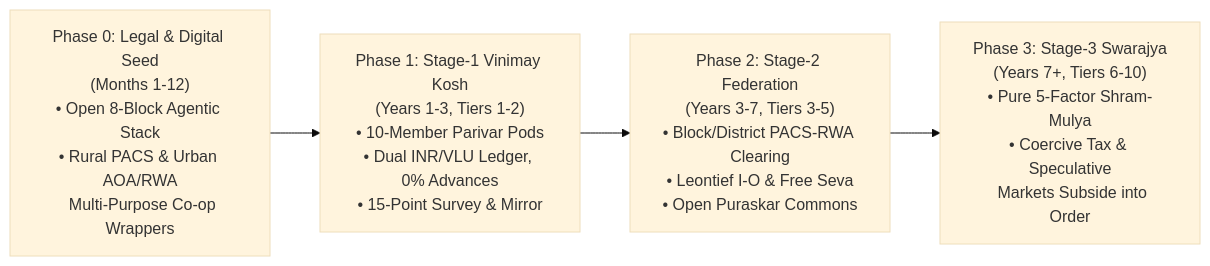
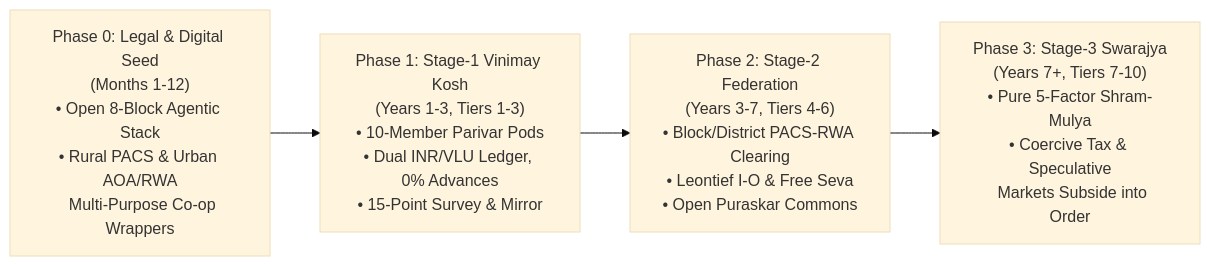
The fifth of 5 diagrams in Studies/Prosperity-Economics-And-Right-Use/Technical-Note-Ten-Tier-Agentic-Infrastructure.md (raghavamohan/AnalyticMadhyasthDarshan), drawn with Mermaid (base theme) before and after one commit. The commit also changed other lines of this file and 15 other files, not shown here.

````diff
--- a/Studies/Prosperity-Economics-And-Right-Use/Technical-Note-Ten-Tier-Agentic-Infrastructure.md
+++ b/Studies/Prosperity-Economics-And-Right-Use/Technical-Note-Ten-Tier-Agentic-Infrastructure.md
@@ -478,9 +477,9 @@
 ```mermaid
 flowchart LR
     P0["Phase 0: Legal & Digital Seed\n(Months 1-12)\n• Open 8-Block Agentic Stack\n• Rural PACS & Urban AOA/RWA\n  Multi-Purpose Co-op Wrappers"]
-    P1["Phase 1: Stage-1 Vinimay Kosh\n(Years 1-3, Tiers 1-2)\n• 10-Member Parivar Pods\n• Dual INR/VLU Ledger, 0% Advances\n• 15-Point Survey & Mirror"]
-    P2["Phase 2: Stage-2 Federation\n(Years 3-7, Tiers 3-5)\n• Block/District PACS-RWA Clearing\n• Leontief I-O & Free Seva\n• Open Puraskar Commons"]
-    P3["Phase 3: Stage-3 Swarajya\n(Years 7+, Tiers 6-10)\n• Pure 5-Factor Shram-Mulya\n• Coercive Tax & Speculative\n  Markets Subside into Order"]
+    P1["Phase 1: Stage-1 Vinimay Kosh\n(Years 1-3, Tiers 1-3)\n• 10-Member Parivar Pods\n• Dual INR/VLU Ledger, 0% Advances\n• 15-Point Survey & Mirror"]
+    P2["Phase 2: Stage-2 Federation\n(Years 3-7, Tiers 4-6)\n• Block/District PACS-RWA Clearing\n• Leontief I-O & Free Seva\n• Open Puraskar Commons"]
+    P3["Phase 3: Stage-3 Swarajya\n(Years 7+, Tiers 7-10)\n• Pure 5-Factor Shram-Mulya\n• Coercive Tax & Speculative\n  Markets Subside into Order"]
 
     P0 --> P1 --> P2 --> P3
 ```
````
